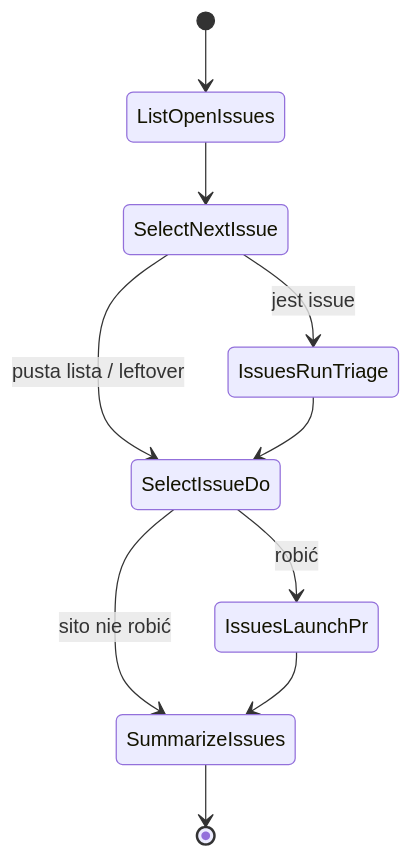
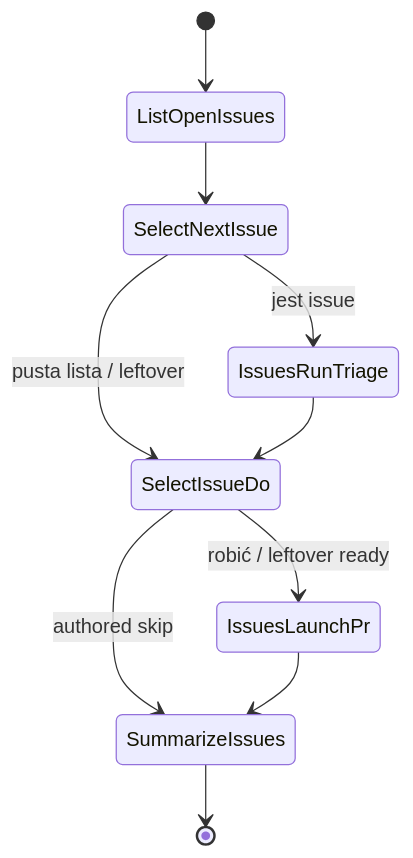
One commit to mikolaj92/lokay changed diagram 37 of 45 in README.md. Above: the diagram before and after it, drawn with Mermaid. The commit also changed other lines of this file and 12 other files, not shown here.

First line of the commit message:
fix: leftover sito miss keeps ready rows and picks product

````diff
--- a/README.md
+++ b/README.md
@@ -981,12 +981,12 @@
 ```mermaid
 stateDiagram-v2
     [*] --> ListOpenIssues
     ListOpenIssues --> SelectNextIssue
     SelectNextIssue --> IssuesRunTriage: jest issue
     SelectNextIssue --> SelectIssueDo: pusta lista / leftover
     IssuesRunTriage --> SelectIssueDo
-    SelectIssueDo --> IssuesLaunchPr: robić
-    SelectIssueDo --> SummarizeIssues: sito nie robić
+    SelectIssueDo --> IssuesLaunchPr: robić / leftover ready
+    SelectIssueDo --> SummarizeIssues: authored skip
     IssuesLaunchPr --> SummarizeIssues
     SummarizeIssues --> [*]
 ```
````
